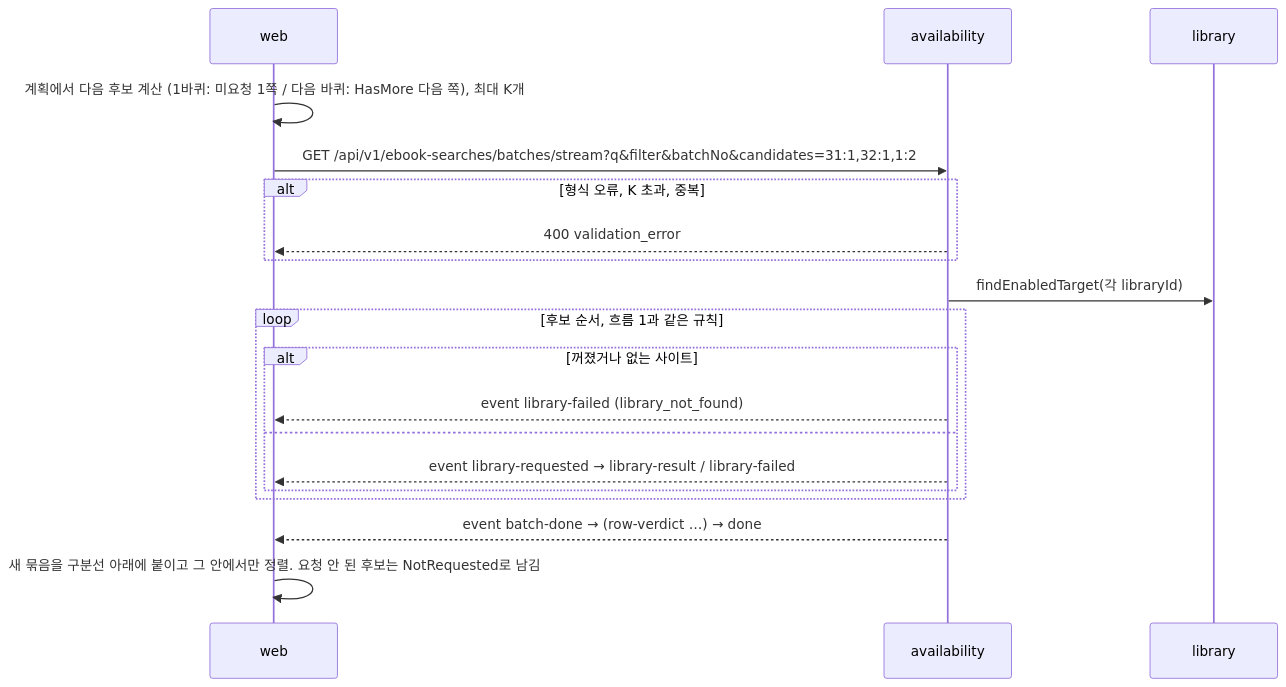
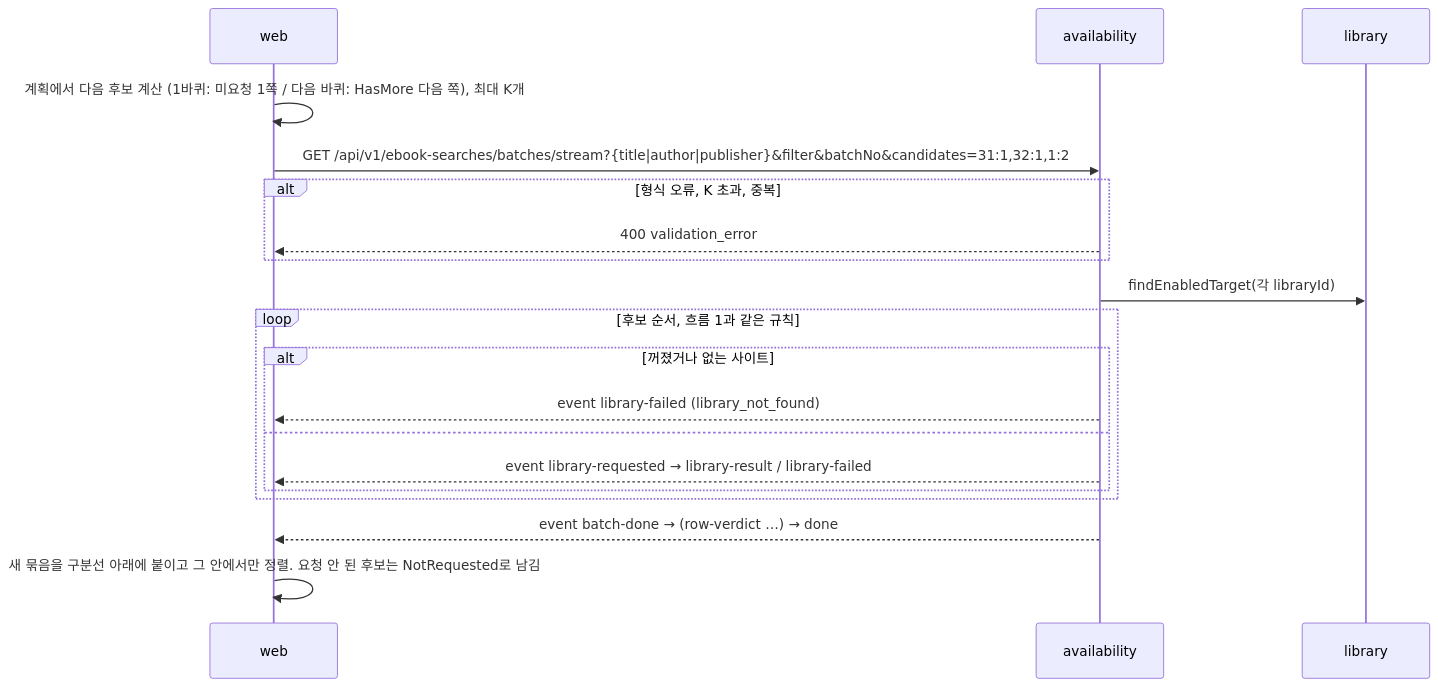
Before and after one commit to hodu-sketch/chaekcheck-plan: the third of 6 diagrams in docs/current/flows.md, drawn with Mermaid. The commit also changed other lines of this file and 20 other files, not shown here.

````diff
--- a/docs/current/flows.md
+++ b/docs/current/flows.md
@@ -68,21 +73,21 @@
 ```mermaid
 sequenceDiagram
   participant W as web
   participant A as availability
   participant L as library
   W->>W: 계획에서 다음 후보 계산 (1바퀴: 미요청 1쪽 / 다음 바퀴: HasMore 다음 쪽), 최대 K개
-  W->>A: GET /api/v1/ebook-searches/batches/stream?q&filter&batchNo&candidates=31:1,32:1,1:2
+  W->>A: GET /api/v1/ebook-searches/batches/stream?{title|author|publisher}&filter&batchNo&candidates=31:1,32:1,1:2
   alt 형식 오류, K 초과, 중복
     A-->>W: 400 validation_error
   end
   A->>L: findEnabledTarget(각 libraryId)
   loop 후보 순서, 흐름 1과 같은 규칙
     alt 꺼졌거나 없는 사이트
       A-->>W: event library-failed (library_not_found)
     else
       A-->>W: event library-requested → library-result / library-failed
     end
   end
   A-->>W: event batch-done → (row-verdict …) → done
   W->>W: 새 묶음을 구분선 아래에 붙이고 그 안에서만 정렬. 요청 안 된 후보는 NotRequested로 남김
 ```
````
